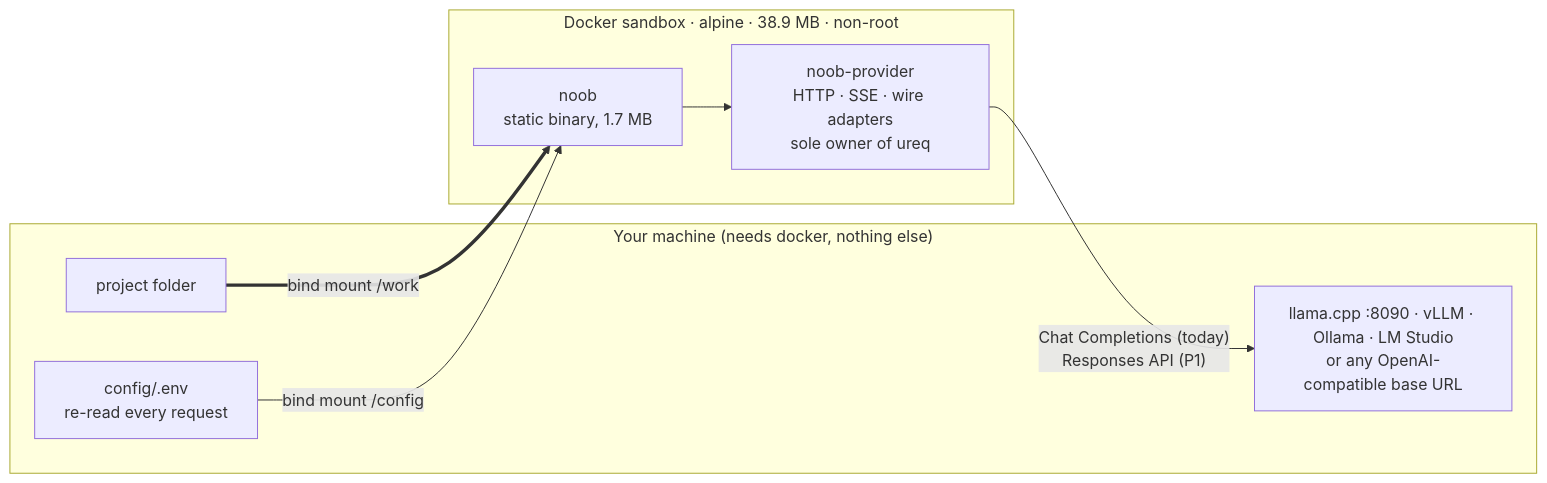
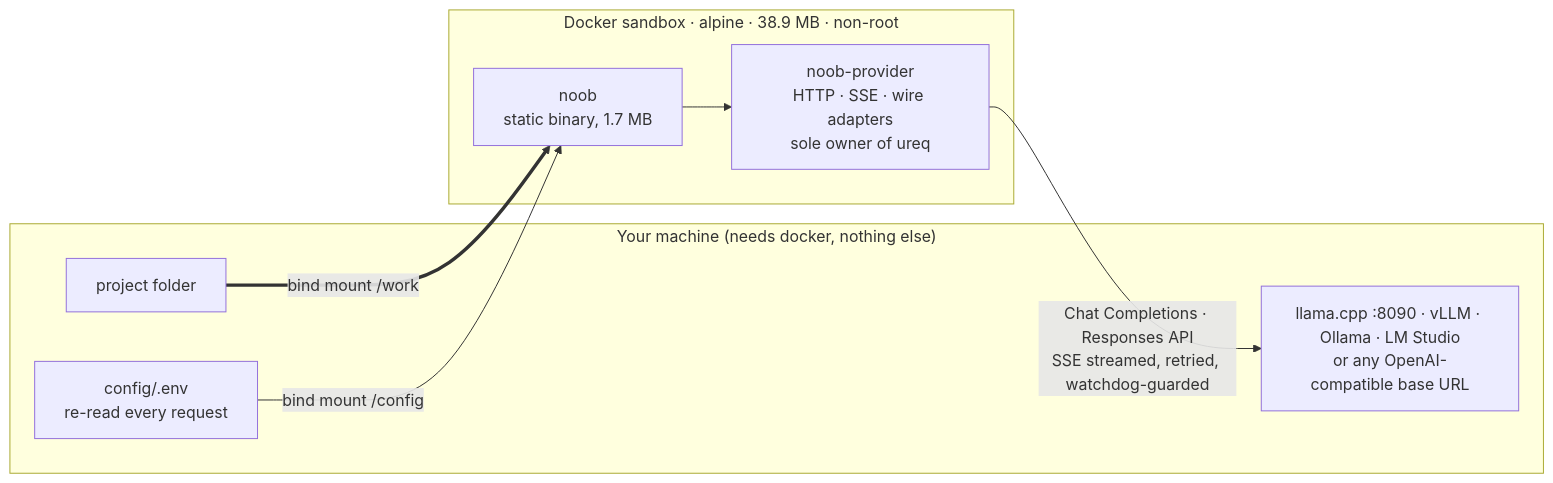
The diagram in README.md (hec-ovi/noob-cli), drawn with Mermaid before and after one commit. The commit also changed other lines of this file and 1 other file, not shown here.

````diff
--- a/README.md
+++ b/README.md
@@ -69,16 +72,16 @@
 ```mermaid
 flowchart LR
     subgraph host["Your machine (needs docker, nothing else)"]
         WS["project folder"]
         CFG["config/.env<br>re-read every request"]
         EP["llama.cpp :8090 · vLLM · Ollama · LM Studio<br>or any OpenAI-compatible base URL"]
     end
     subgraph box["Docker sandbox · alpine · 38.9 MB · non-root"]
         NOOB["noob<br>static binary, 1.7 MB"]
         PROV["noob-provider<br>HTTP · SSE · wire adapters<br>sole owner of ureq"]
         NOOB --> PROV
     end
     WS == "bind mount /work" ==> NOOB
     CFG -- "bind mount /config" --> NOOB
-    PROV -- "Chat Completions (today)<br>Responses API (P1)" --> EP
+    PROV -- "Chat Completions · Responses API<br>SSE streamed, retried, watchdog-guarded" --> EP
 ```
````
